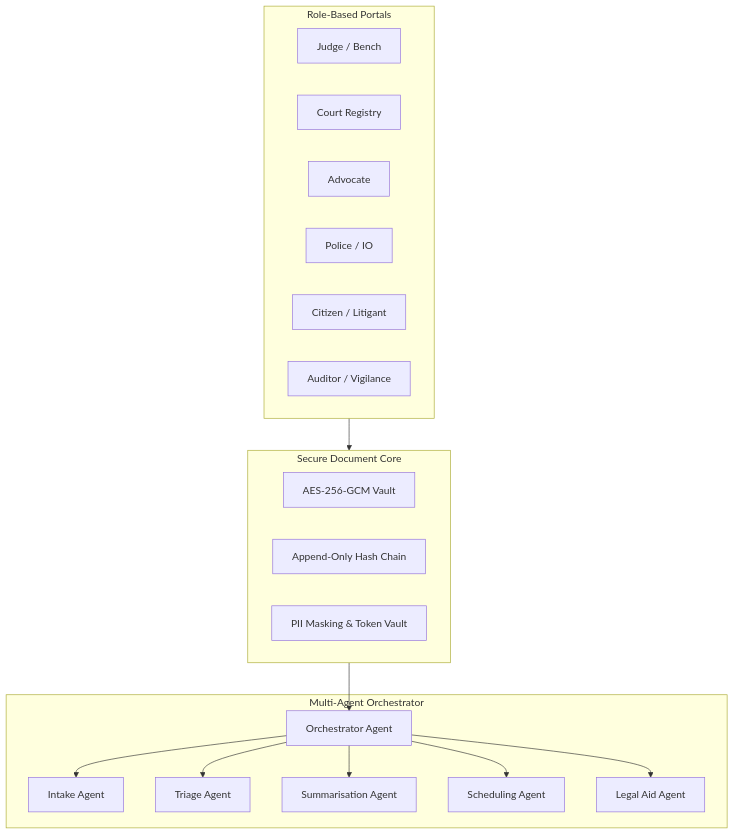
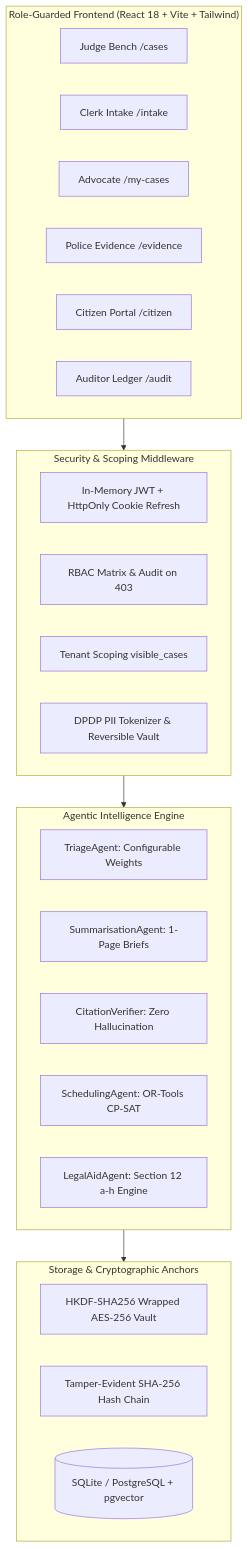
One commit to amrit0012vr/Nyayaflow changed the diagram in README.md. Above: the diagram before and after it, drawn with Mermaid. The commit also changed other lines of this file and 150 other files, not shown here.

````diff
--- a/README.md
+++ b/README.md
@@ -40,34 +69,36 @@
 ```mermaid
 flowchart TD
-    subgraph Clients["Role-Based Portals"]
-        J[Judge / Bench]
-        C[Court Registry]
-        L[Advocate]
-        P[Police / IO]
-        Z[Citizen / Litigant]
-        A[Auditor / Vigilance]
+    subgraph Portals["Role-Guarded Frontend (React 18 + Vite + Tailwind)"]
+        J[Judge Bench /cases]
+        C[Clerk Intake /intake]
+        L[Advocate /my-cases]
+        P[Police Evidence /evidence]
+        Z[Citizen Portal /citizen]
+        A[Auditor Ledger /audit]
     end
 
-    subgraph Core["Secure Document Core"]
-        ENC[AES-256-GCM Vault]
-        AUD[Append-Only Hash Chain]
-        RED[PII Masking & Token Vault]
+    subgraph Security["Security & Scoping Middleware"]
+        AUTH[In-Memory JWT + HttpOnly Cookie Refresh]
+        RBAC[RBAC Matrix & Audit on 403]
+        SCOPE[Tenant Scoping visible_cases]
+        DPDP[DPDP PII Tokenizer & Reversible Vault]
     end
 
-    subgraph Agents["Multi-Agent Orchestrator"]
-        ORC[Orchestrator Agent]
-        INT[Intake Agent]
-        TRI[Triage Agent]
-        SUM[Summarisation Agent]
-        SCH[Scheduling Agent]
-        LEG[Legal Aid Agent]
+    subgraph Agents["Agentic Intelligence Engine"]
+        TRI[TriageAgent: Configurable Weights]
+        SUM[SummarisationAgent: 1-Page Briefs]
+        VER[CitationVerifier: Zero Hallucination]
+        SCH[SchedulingAgent: OR-Tools CP-SAT]
+        AID[LegalAidAgent: Section 12 a-h Engine]
     end
 
-    Clients --> Core
-    Core --> ORC
-    ORC --> INT
-    ORC --> TRI
-    ORC --> SUM
-    ORC --> SCH
-    ORC --> LEG
+    subgraph Storage["Storage & Cryptographic Anchors"]
+        ENC[HKDF-SHA256 Wrapped AES-256 Vault]
+        AUDIT[Tamper-Evident SHA-256 Hash Chain]
+        DB[(SQLite / PostgreSQL + pgvector)]
+    end
+
+    Portals --> Security
+    Security --> Agents
+    Agents --> Storage
 ```
````
